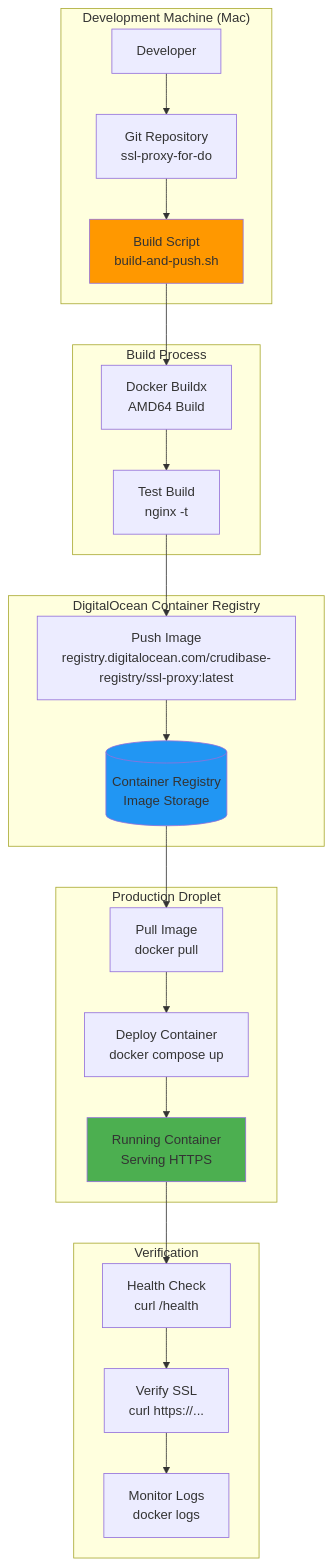
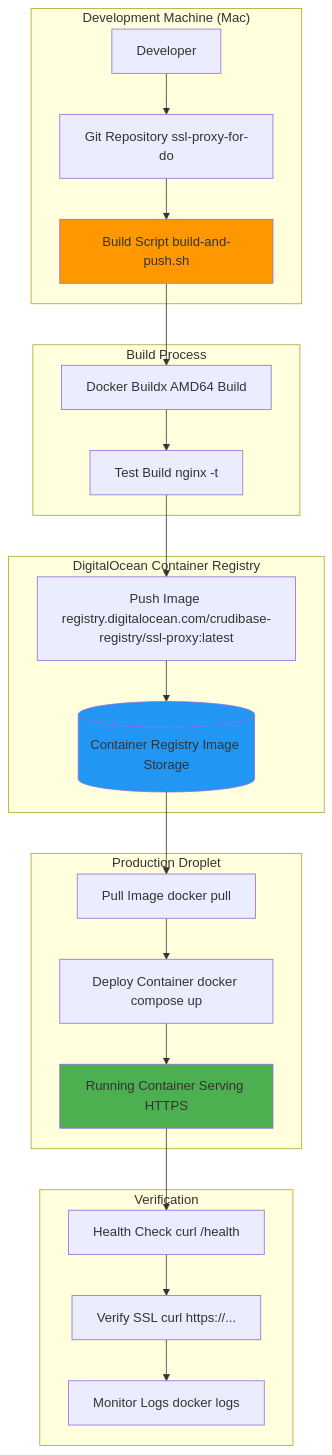
Before and after one commit to softwarewrighter/ssl-proxy-for-do: the first of 9 diagrams in wiki/Deployment-Workflow.md, drawn with Mermaid. The commit also changed other lines of this file and 7 other files, not shown here.

First line of the commit message:
Fix wiki Mermaid diagrams: remove remaining <br/> tags

````diff
--- a/wiki/Deployment-Workflow.md
+++ b/wiki/Deployment-Workflow.md
@@ -25,33 +25,33 @@
 ```mermaid
 graph TB
     subgraph "Development Machine (Mac)"
-        Dev[Developer] --> Git[Git Repository<br/>ssl-proxy-for-do]
-        Git --> Build[Build Script<br/>build-and-push.sh]
+        Dev[Developer] --> Git[Git Repository ssl-proxy-for-do]
+        Git --> Build[Build Script build-and-push.sh]
     end
 
     subgraph "Build Process"
-        Build --> Docker[Docker Buildx<br/>AMD64 Build]
-        Docker --> Test[Test Build<br/>nginx -t]
+        Build --> Docker[Docker Buildx AMD64 Build]
+        Docker --> Test[Test Build nginx -t]
     end
 
     subgraph "DigitalOcean Container Registry"
-        Test --> Push[Push Image<br/>registry.digitalocean.com/crudibase-registry/ssl-proxy:latest]
-        Push --> Registry[(Container Registry<br/>Image Storage)]
+        Test --> Push[Push Image registry.digitalocean.com/crudibase-registry/ssl-proxy:latest]
+        Push --> Registry[(Container Registry Image Storage)]
     end
 
     subgraph "Production Droplet"
-        Registry --> Pull[Pull Image<br/>docker pull]
-        Pull --> Deploy[Deploy Container<br/>docker compose up]
-        Deploy --> Run[Running Container<br/>Serving HTTPS]
+        Registry --> Pull[Pull Image docker pull]
+        Pull --> Deploy[Deploy Container docker compose up]
+        Deploy --> Run[Running Container Serving HTTPS]
     end
 
     subgraph "Verification"
-        Run --> Health[Health Check<br/>curl /health]
-        Health --> SSL[Verify SSL<br/>curl https://...]
-        SSL --> Monitor[Monitor Logs<br/>docker logs]
+        Run --> Health[Health Check curl /health]
+        Health --> SSL[Verify SSL curl https://...]
+        SSL --> Monitor[Monitor Logs docker logs]
     end
 
     style Build fill:#FF9800
     style Registry fill:#2196F3
     style Run fill:#4CAF50
 ```
````
